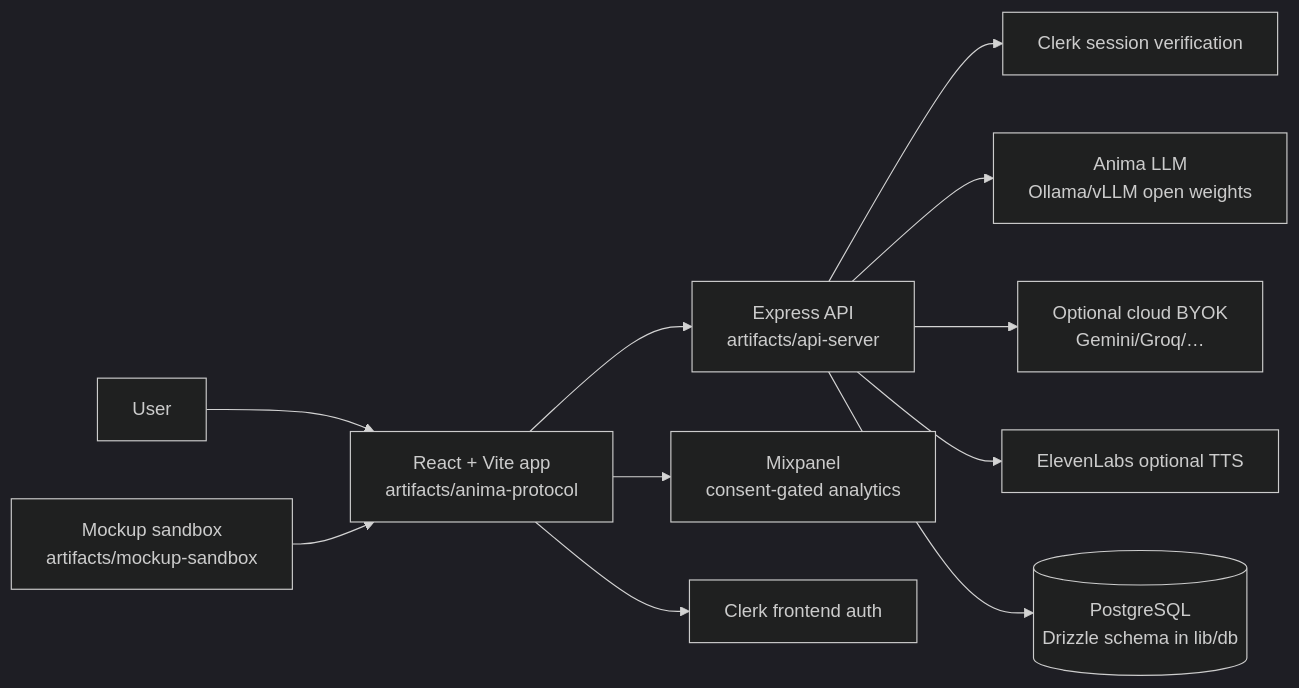
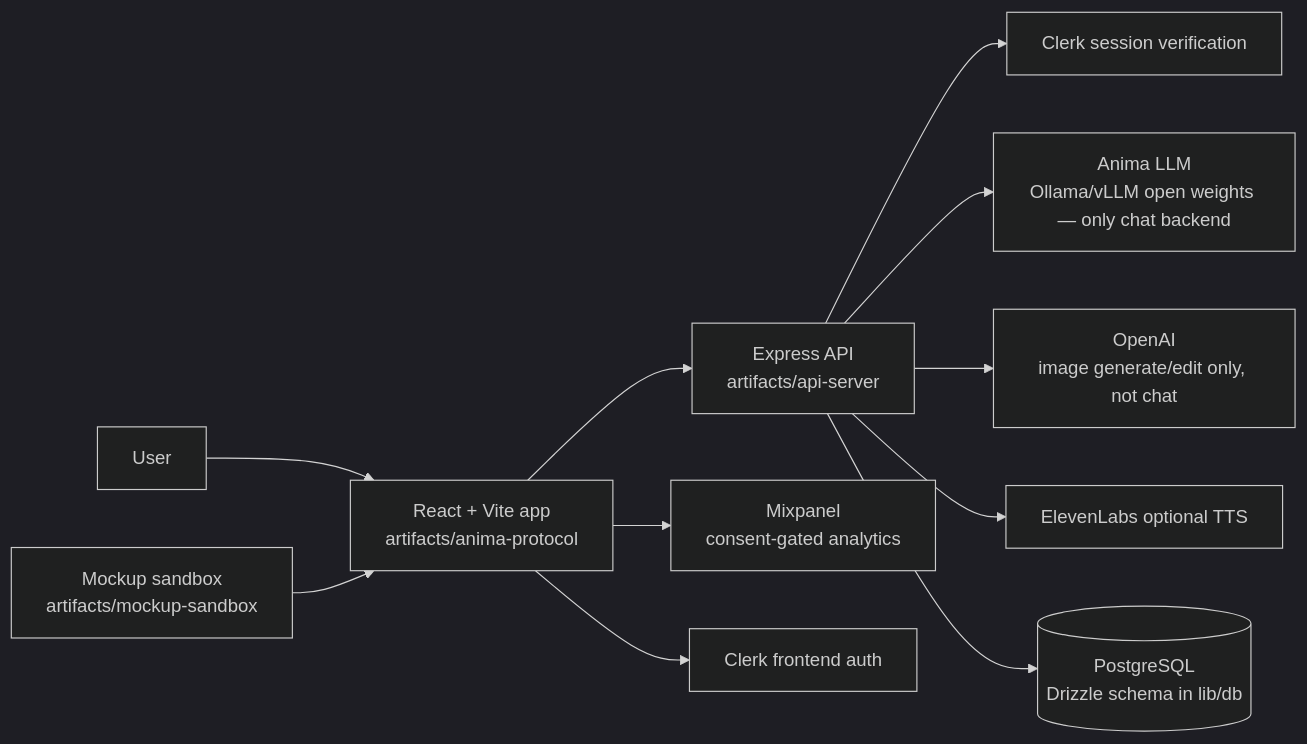
One commit to davins56/Anima-Protocol changed the diagram in README.md. Above: the diagram before and after it, drawn with Mermaid (dark theme). The commit also changed other lines of this file and 34 other files, not shown here.

````diff
--- a/README.md
+++ b/README.md
@@ -9,13 +9,13 @@
 ```mermaid
 flowchart LR
   user[User] --> web[React + Vite app<br/>artifacts/anima-protocol]
   web --> api[Express API<br/>artifacts/api-server]
   web --> mixpanel[Mixpanel<br/>consent-gated analytics]
   web --> clerk[Clerk frontend auth]
   api --> clerk_api[Clerk session verification]
-  api --> animaLlm[Anima LLM<br/>Ollama/vLLM open weights]
-  api --> cloudByok[Optional cloud BYOK<br/>Gemini/Groq/…]
+  api --> animaLlm[Anima LLM<br/>Ollama/vLLM open weights — only chat backend]
+  api --> openaiImages[OpenAI<br/>image generate/edit only, not chat]
   api --> eleven[ElevenLabs optional TTS]
   api --> db[(PostgreSQL<br/>Drizzle schema in lib/db)]
   mockup[Mockup sandbox<br/>artifacts/mockup-sandbox] --> web
 ```
````
